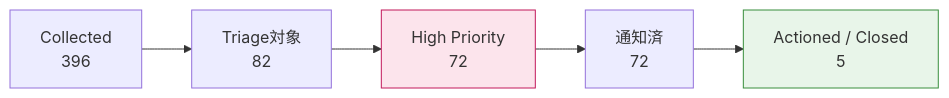
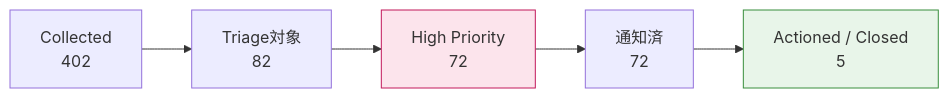
Before and after one commit to k3ijo-miyamoto/ai-threats: the first of 5 diagrams in docs/dashboard.md, drawn with Mermaid. The commit also changed other lines of this file, not shown here.

````diff
--- a/docs/dashboard.md
+++ b/docs/dashboard.md
@@ -15,9 +15,9 @@
 ```mermaid
 flowchart LR
-    A["Collected<br/>396"] --> B["Triage対象<br/>82"]
+    A["Collected<br/>402"] --> B["Triage対象<br/>82"]
     B --> C["High Priority<br/>72"]
     C --> D["通知済<br/>72"]
     D --> E["Actioned / Closed<br/>5"]
     style C fill:#fce4ec,stroke:#c2185b
     style E fill:#e8f5e9,stroke:#388e3c
 ```
````
